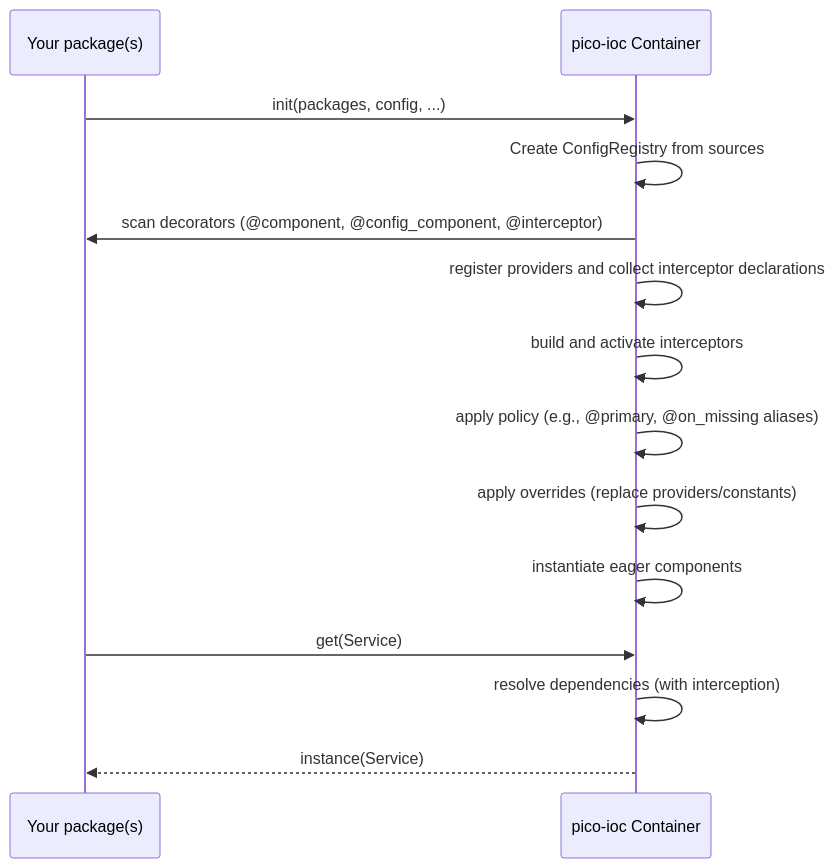
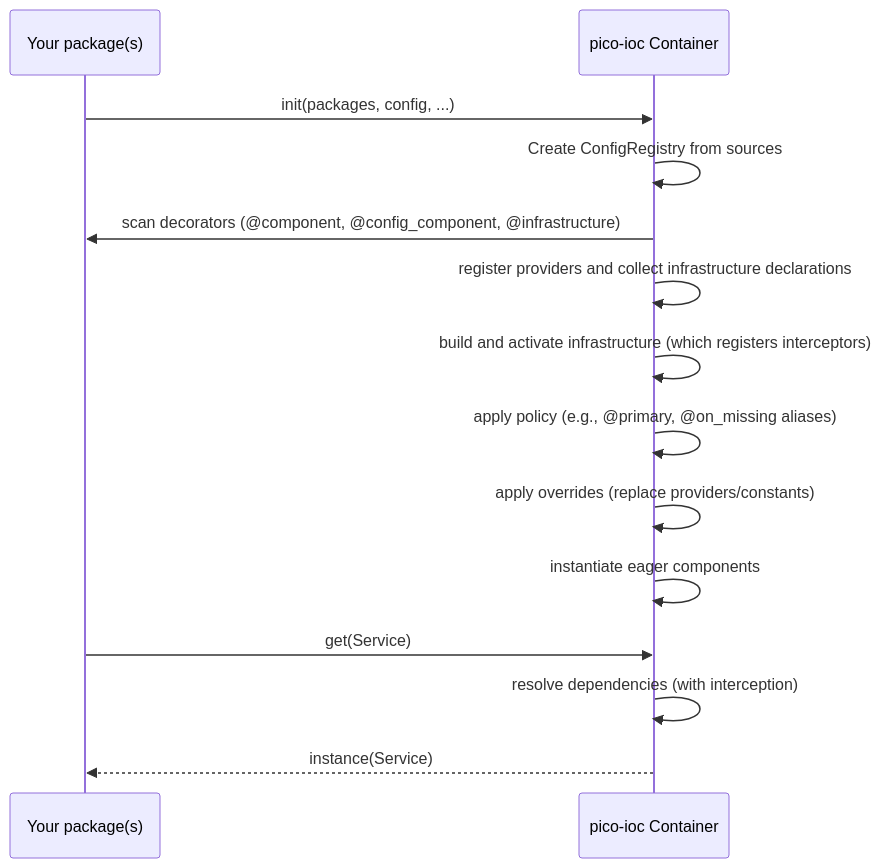
One commit to dperezcabrera/pico-ioc changed the first of 3 diagrams in .llm/ARCHITECTURE.md. Above: the diagram before and after it, drawn with Mermaid. The commit also changed other lines of this file and 49 other files, not shown here.

Commit message:
release: cut 1.5.0 with @infrastructure + around interceptors, schedule diagnostics for 1.6.0

````diff
--- a/.llm/ARCHITECTURE.md
+++ b/.llm/ARCHITECTURE.md
@@ -38,16 +38,16 @@
 ```mermaid
 sequenceDiagram
     participant App as Your package(s)
     participant IOC as pico-ioc Container
     App->>IOC: init(packages, config, ...)
     IOC->>IOC: Create ConfigRegistry from sources
-    IOC->>App: scan decorators (@component, @config_component, @interceptor)
-    IOC->>IOC: register providers and collect interceptor declarations
-    IOC->>IOC: build and activate interceptors
+    IOC->>App: scan decorators (@component, @config_component, @infrastructure)
+    IOC->>IOC: register providers and collect infrastructure declarations
+    IOC->>IOC: build and activate infrastructure (which registers interceptors)
     IOC->>IOC: apply policy (e.g., @primary, @on_missing aliases)
     IOC->>IOC: apply overrides (replace providers/constants)
     IOC->>IOC: instantiate eager components
     App->>IOC: get(Service)
     IOC->>IOC: resolve dependencies (with interception)
     IOC-->>App: instance(Service)
 ```
````
